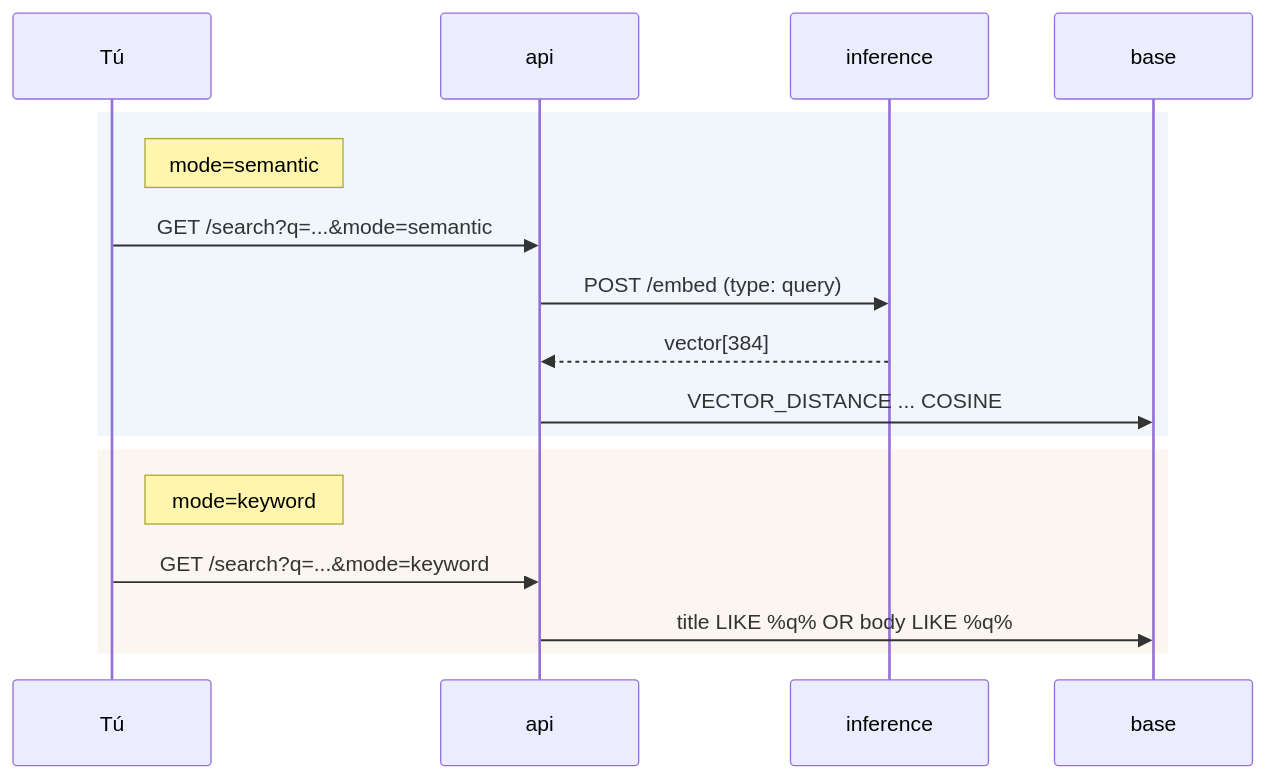
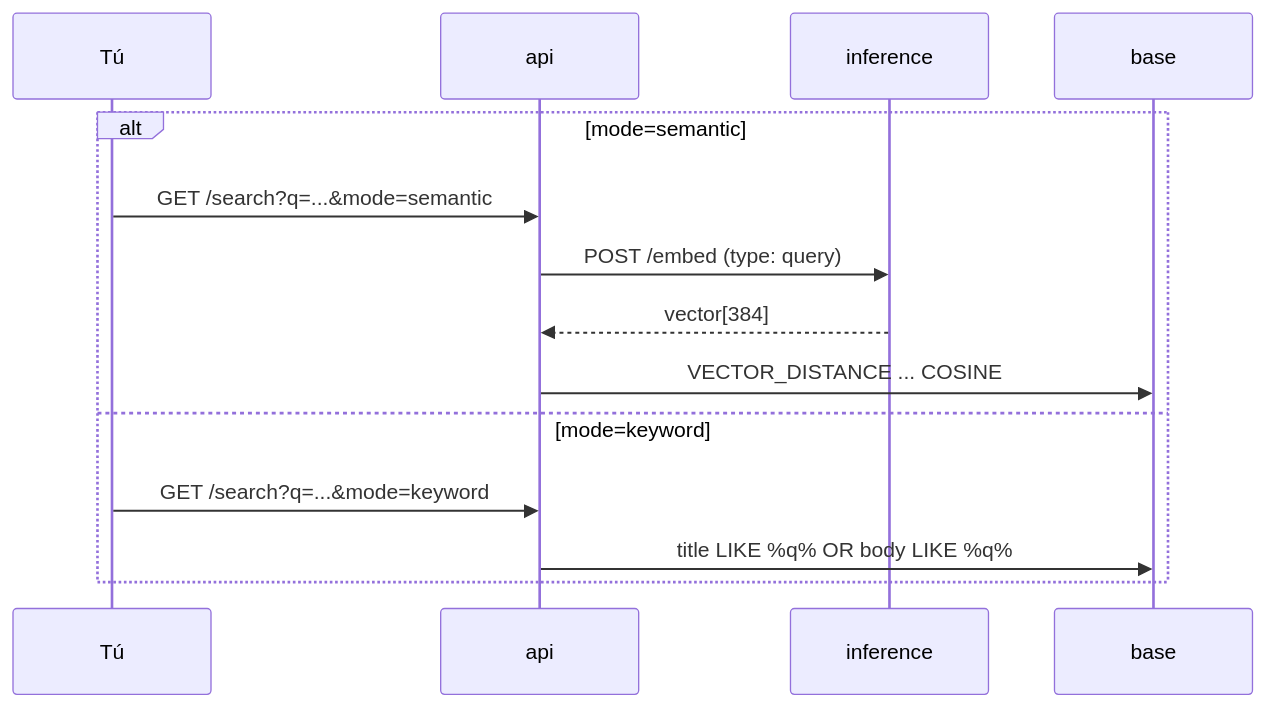
Before and after one commit to No-Country-simulation/G9-LATAM-Team-58: the second of 3 diagrams in docs/EXAMPLES.md, drawn with Mermaid. The commit also changed 10 other files, not shown here.

````diff
--- a/docs/EXAMPLES.md
+++ b/docs/EXAMPLES.md
@@ -62,21 +62,17 @@
 ```mermaid
 sequenceDiagram
     participant Tú
     participant API as api
     participant INF as inference
     participant DB as base
 
-    rect rgb(240, 246, 252)
-    note right of Tú: mode=semantic
-    Tú->>API: GET /search?q=...&mode=semantic
-    API->>INF: POST /embed (type: query)
-    INF-->>API: vector[384]
-    API->>DB: VECTOR_DISTANCE ... COSINE
-    end
-
-    rect rgb(252, 246, 240)
-    note right of Tú: mode=keyword
-    Tú->>API: GET /search?q=...&mode=keyword
-    API->>DB: title LIKE %q% OR body LIKE %q%
+    alt mode=semantic
+        Tú->>API: GET /search?q=...&mode=semantic
+        API->>INF: POST /embed (type: query)
+        INF-->>API: vector[384]
+        API->>DB: VECTOR_DISTANCE ... COSINE
+    else mode=keyword
+        Tú->>API: GET /search?q=...&mode=keyword
+        API->>DB: title LIKE %q% OR body LIKE %q%
     end
 ```
````
